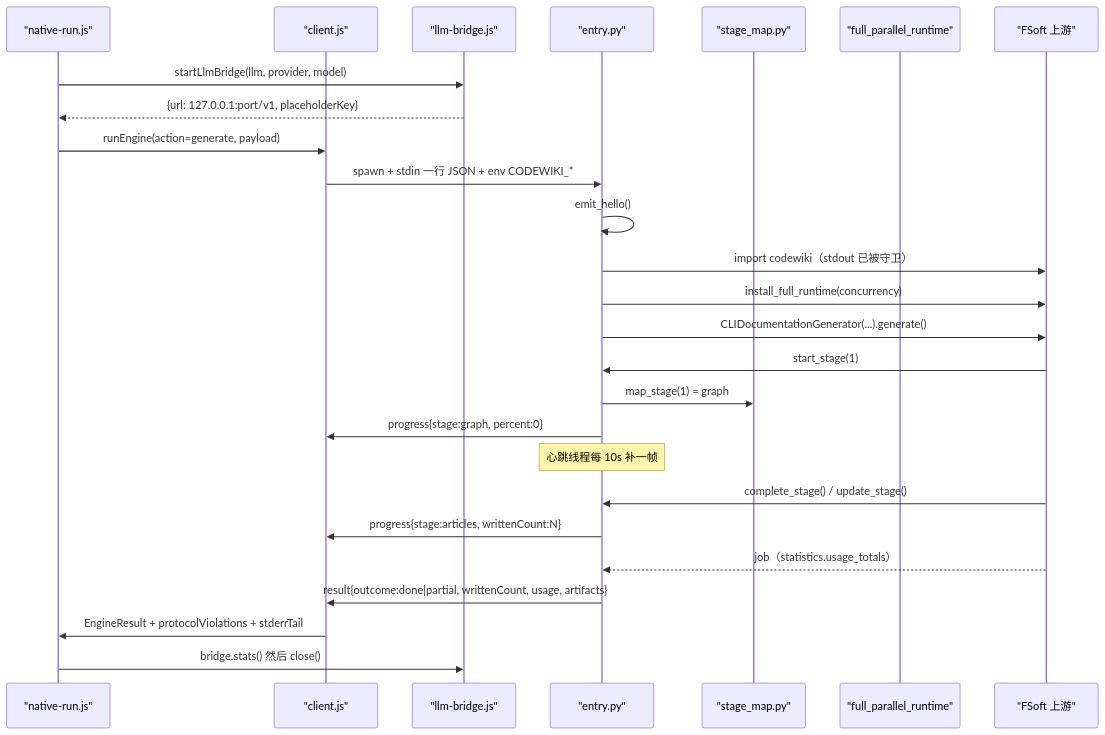
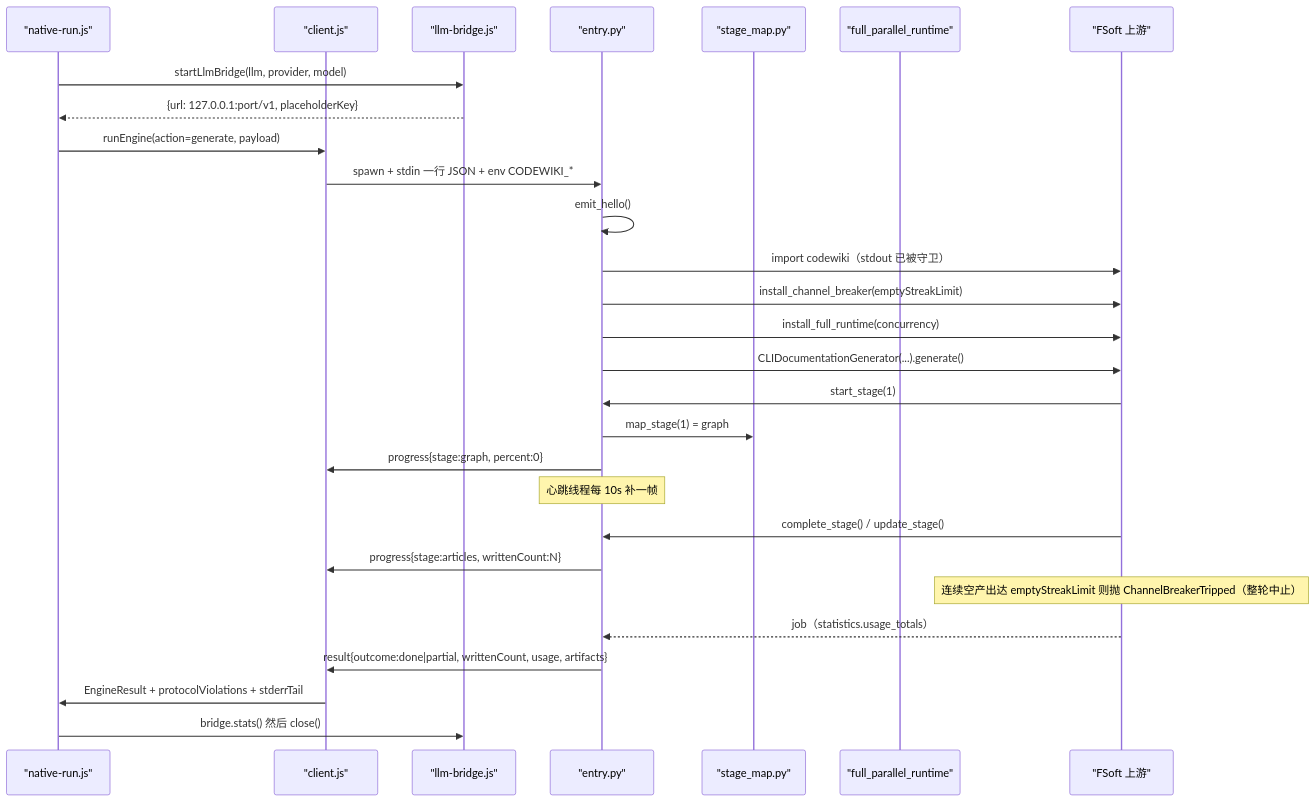
Diagram 11 of 12 in .codewiki/_native-state/docs/Execution_Runtime___Vendored_Engine/engine-python-runtime.md (ikliml666/dsh-codewiki), drawn with Mermaid before and after one commit. The commit also changed other lines of this file and 40 other files, not shown here.

````diff
--- a/.codewiki/_native-state/docs/Execution_Runtime___Vendored_Engine/engine-python-runtime.md
+++ b/.codewiki/_native-state/docs/Execution_Runtime___Vendored_Engine/engine-python-runtime.md
@@ -712,29 +800,31 @@
 ```mermaid
 sequenceDiagram
     participant NR as "native-run.js"
     participant CL as "client.js"
     participant BR as "llm-bridge.js"
     participant EN as "entry.py"
     participant SM as "stage_map.py"
     participant FP as "full_parallel_runtime"
     participant FS as "FSoft 上游"
 
     NR->>BR: startLlmBridge(llm, provider, model)
     BR-->>NR: {url: 127.0.0.1:port/v1, placeholderKey}
     NR->>CL: runEngine(action=generate, payload)
     CL->>EN: spawn + stdin 一行 JSON + env CODEWIKI_*
     EN->>EN: emit_hello()
     EN->>FS: import codewiki（stdout 已被守卫）
+    EN->>FS: install_channel_breaker(emptyStreakLimit)
     EN->>FS: install_full_runtime(concurrency)
     EN->>FS: CLIDocumentationGenerator(...).generate()
     FS->>EN: start_stage(1)
     EN->>SM: map_stage(1) = graph
     EN->>CL: progress{stage:graph, percent:0}
     Note over EN: 心跳线程每 10s 补一帧
     FS->>EN: complete_stage() / update_stage()
     EN->>CL: progress{stage:articles, writtenCount:N}
+    Note over FS: 连续空产出达 emptyStreakLimit 则抛 ChannelBreakerTripped（整轮中止）
     FS-->>EN: job（statistics.usage_totals）
     EN->>CL: result{outcome:done|partial, writtenCount, usage, artifacts}
     CL->>NR: EngineResult + protocolViolations + stderrTail
     NR->>BR: bridge.stats() 然后 close()
 ```
````
